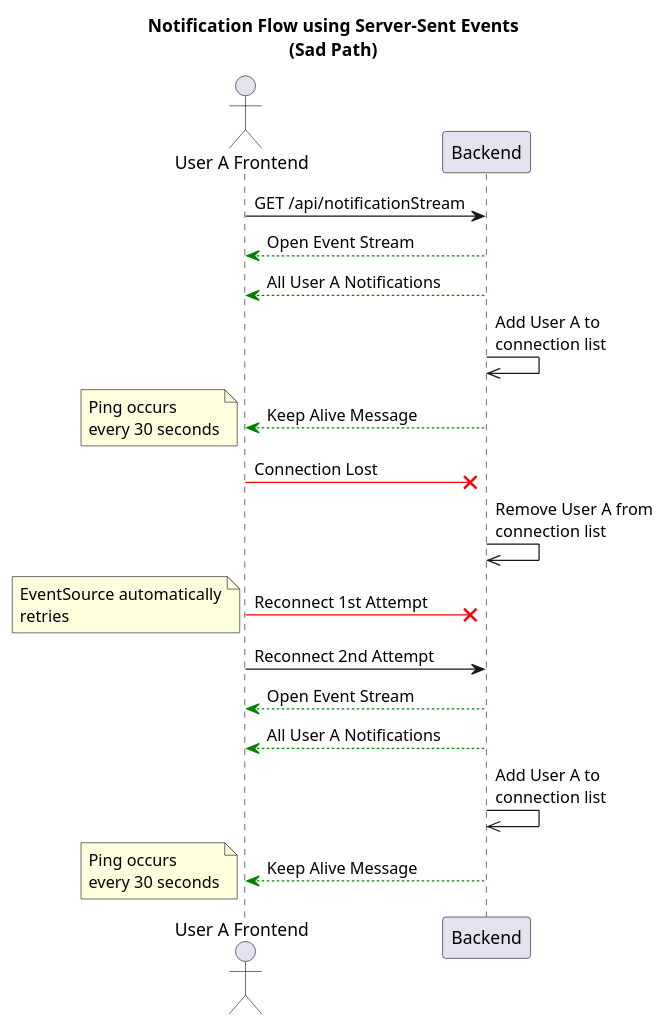
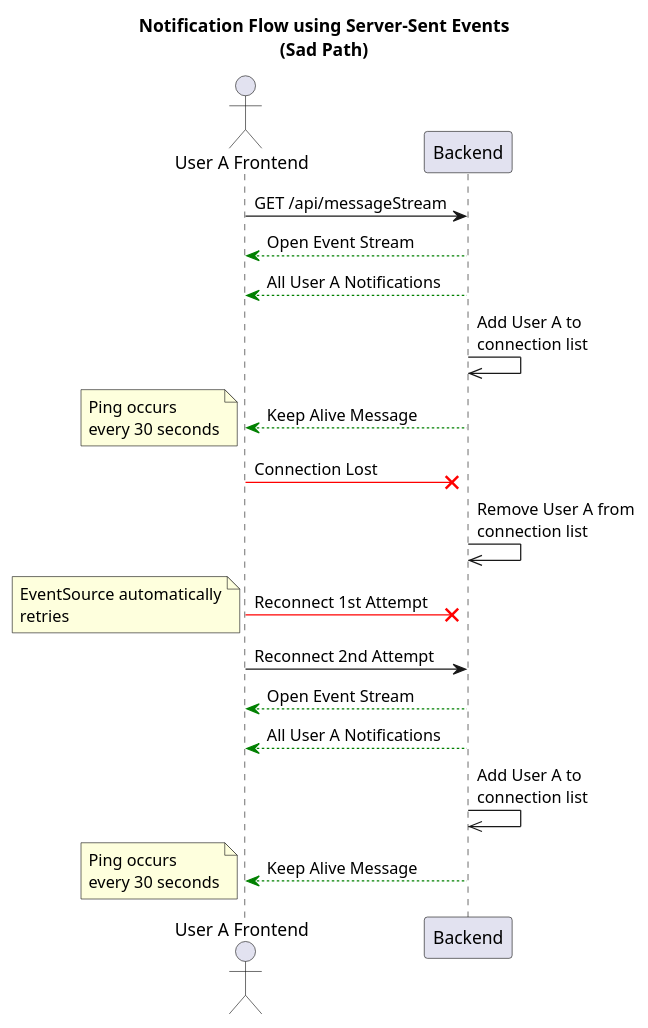
Before and after one commit to PublicDataWorks/complaint-manager: the diagram in resources/diagrams/notifications_flow_unhappy.puml, drawn with PlantUML. The commit also changed 4 other files, not shown here.

Commit message:
Veronica [#172614696] generalize notification stream to message stream due to the versatility of the handler; can be used to send other messages to the client other than just notifications

```diff
--- a/resources/diagrams/notifications_flow_unhappy.puml
+++ b/resources/diagrams/notifications_flow_unhappy.puml
@@ -1,27 +1,27 @@
 @startuml
 title Notification Flow using Server-Sent Events\n(Sad Path)
 
 actor "User A Frontend"
 
-"User A Frontend" -> Backend: GET /api/notificationStream
+"User A Frontend" -> Backend: GET /api/messageStream
 Backend -[#green]-> "User A Frontend": Open Event Stream
 Backend -[#green]-> "User A Frontend": All User A Notifications
 Backend ->> Backend: Add User A to\nconnection list
 
 Backend -[#green]-> "User A Frontend": Keep Alive Message
 note left: Ping occurs\nevery 30 seconds
 
 "User A Frontend" -[#red]>x Backend: Connection Lost
 Backend ->> Backend: Remove User A from\nconnection list
 
 "User A Frontend" -[#red]>x Backend: Reconnect 1st Attempt
 note left: EventSource automatically\nretries
 "User A Frontend" -> Backend: Reconnect 2nd Attempt
 Backend -[#green]-> "User A Frontend": Open Event Stream
 Backend -[#green]-> "User A Frontend": All User A Notifications
 Backend ->> Backend: Add User A to\nconnection list
 
 Backend -[#green]-> "User A Frontend": Keep Alive Message
 note left: Ping occurs\nevery 30 seconds
 
 @enduml
```
